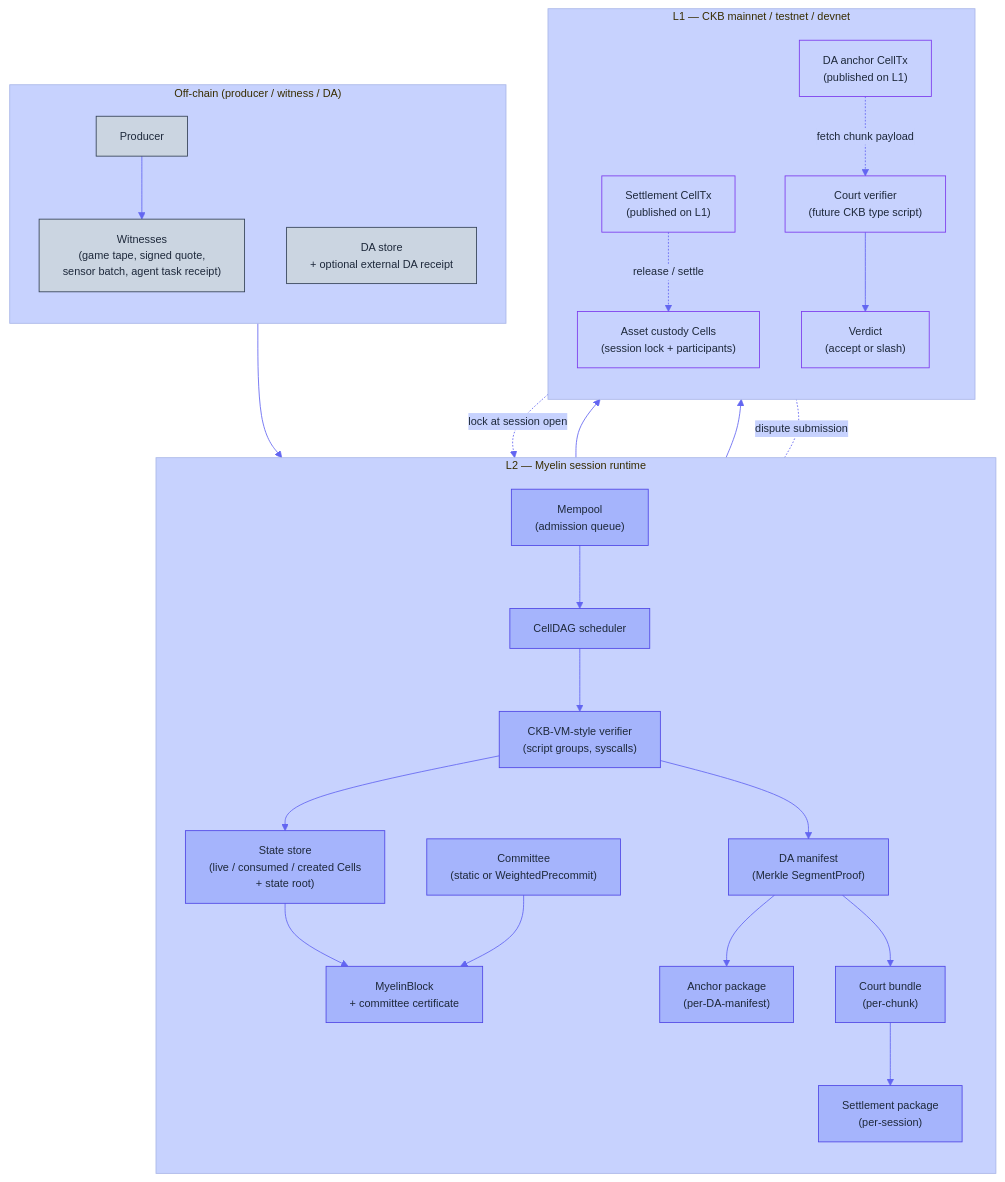
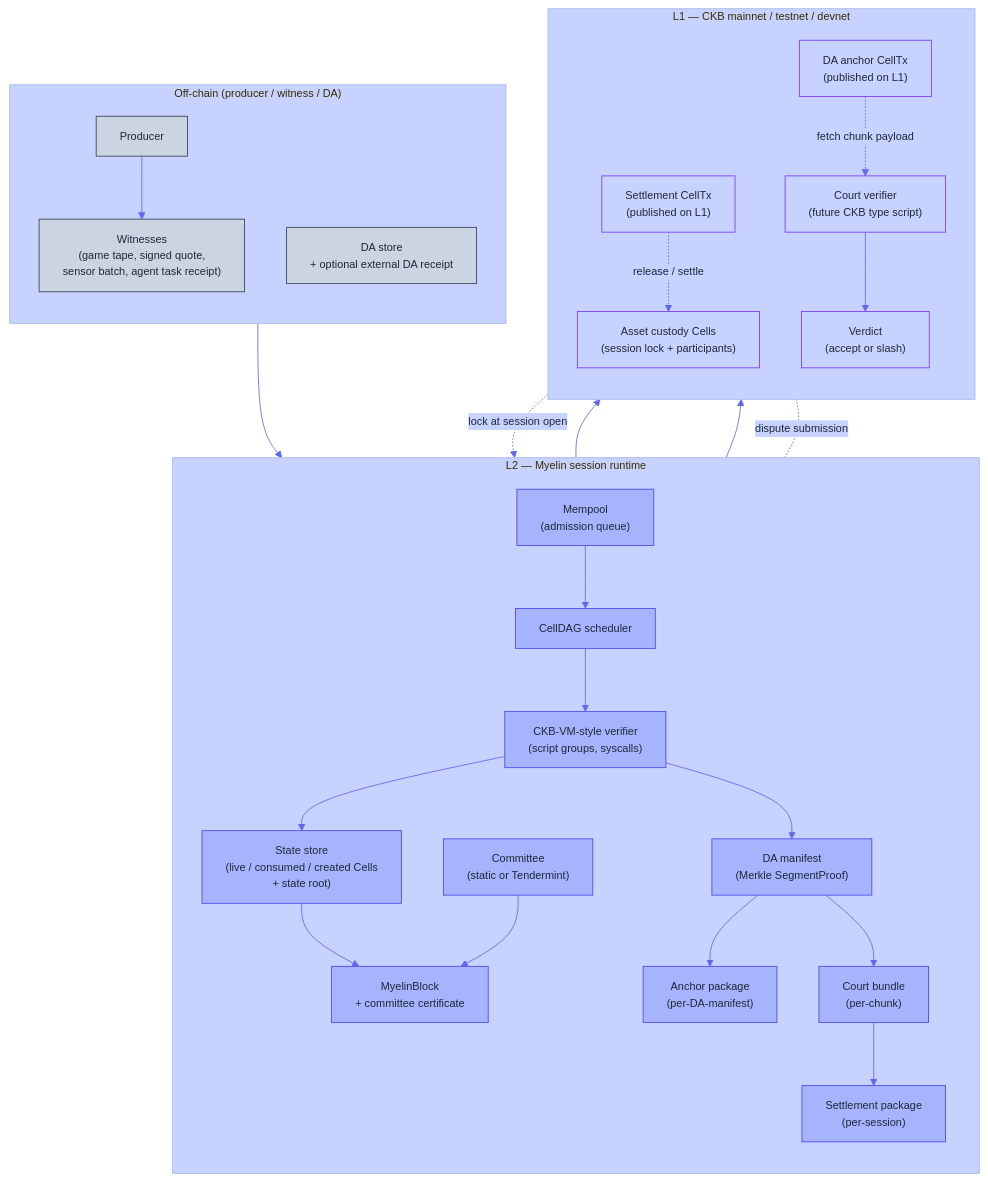
One commit to Myelin-Labs/Myelin changed the first of 2 diagrams in docs/interactions/l1-l2-offchain.md. Above: the diagram before and after it, drawn with Mermaid. The commit also changed 34 other files, not shown here.

````diff
--- a/docs/interactions/l1-l2-offchain.md
+++ b/docs/interactions/l1-l2-offchain.md
@@ -10,69 +10,69 @@
 ```mermaid
 %%{init: {
   "theme": "base",
   "themeVariables": {
     "primaryColor": "#A5B4FC",
     "primaryTextColor": "#1E293B",
     "primaryBorderColor": "#4F46E5",
     "lineColor": "#6366F1",
     "secondaryColor": "#C7D2FE",
     "tertiaryColor": "#C7D2FE",
     "fontFamily": "Inter, system-ui, sans-serif",
     "fontSize": "13px"
   },
   "flowchart": { "curve": "basis", "padding": 14 }
 }}%%
 flowchart TB
     subgraph OFF["Off-chain (producer / witness / DA)"]
         direction TB
         PR["Producer"]:::off
         WT["Witnesses<br/>(game tape, signed quote,<br/>sensor batch, agent task receipt)"]:::off
         DA["DA store<br/>+ optional external DA receipt"]:::off
     end
 
     subgraph L2["L2 — Myelin session runtime"]
         direction TB
         MP["Mempool<br/>(admission queue)"]:::l2
         SC["CellDAG scheduler"]:::l2
         EX["CKB-VM-style verifier<br/>(script groups, syscalls)"]:::l2
         ST["State store<br/>(live / consumed / created Cells<br/>+ state root)"]:::l2
         DM["DA manifest<br/>(Merkle SegmentProof)"]:::l2
-        CO["Committee<br/>(static or WeightedPrecommit)"]:::l2
+        CO["Committee<br/>(static or Tendermint)"]:::l2
         BL["MyelinBlock<br/>+ committee certificate"]:::l2
         CB["Court bundle<br/>(per-chunk)"]:::l2
         SP["Settlement package<br/>(per-session)"]:::l2
         AP["Anchor package<br/>(per-DA-manifest)"]:::l2
     end
 
     subgraph L1["L1 — CKB mainnet / testnet / devnet"]
         direction TB
         CU["Asset custody Cells<br/>(session lock + participants)"]:::l1
         DA_L1["DA anchor CellTx<br/>(published on L1)"]:::l1
         ST_L1["Settlement CellTx<br/>(published on L1)"]:::l1
         CV["Court verifier<br/>(future CKB type script)"]:::l1
         VERDICT["Verdict<br/>(accept or slash)"]:::l1
     end
 
     %% Off-chain to L2
     PR --> WT --> MP
     MP --> SC --> EX --> ST
     ST --> BL
     CO --> BL
     EX --> DM
     DM --> AP
     AP --> DA_L1
     DM --> CB
     CB --> SP
     SP --> ST_L1
 
     %% L2 to L1 (custody + dispute)
     CU -. lock at session open .-> MP
     ST_L1 -. release / settle .-> CU
     DA_L1 -. fetch chunk payload .-> CV
     CB  -. dispute submission .- CV
     CV --> VERDICT
 
     classDef off fill:#CBD5E1,stroke:#334155,color:#1E293B;
     classDef l2  fill:#A5B4FC,stroke:#4F46E5,color:#1E293B;
     classDef l1  fill:#C7D2FE,stroke:#7C3AED,color:#1E293B;
 ```
````
